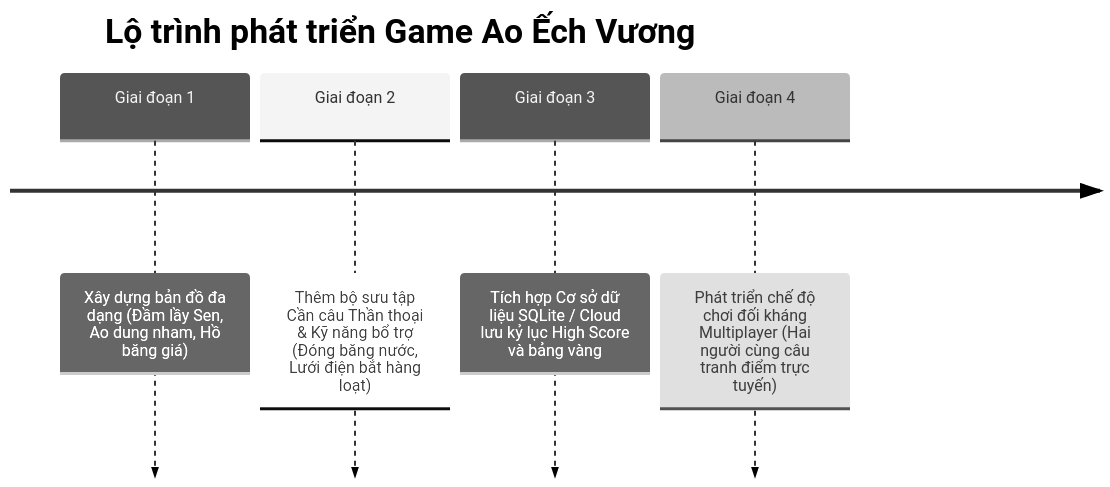
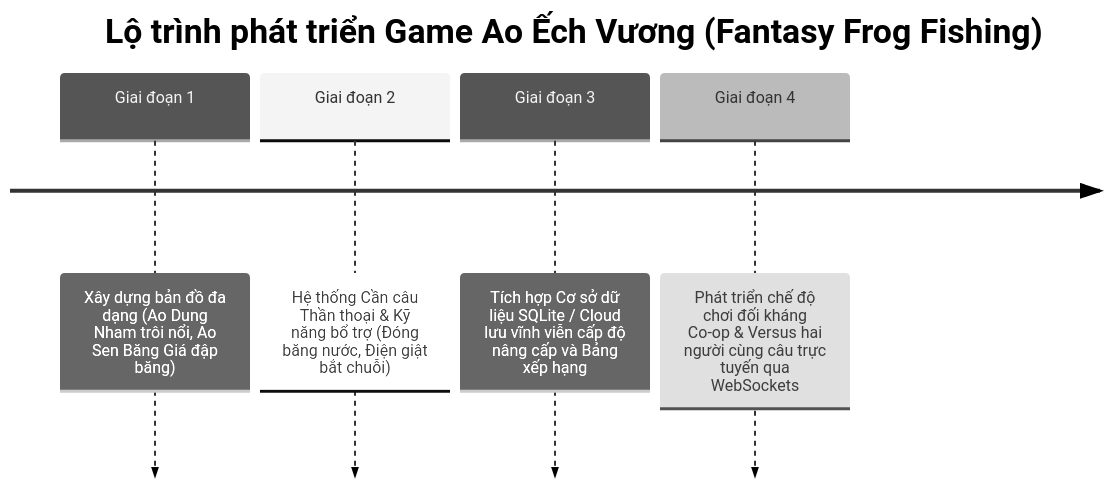
The second of 2 diagrams in BaoCao_BTL06_GameCauEch.md (25112248hanamquang/Project), drawn with Mermaid (neutral theme) before and after one commit. The commit also changed other lines of this file and 1 other file, not shown here.

````diff
--- a/BaoCao_BTL06_GameCauEch.md
+++ b/BaoCao_BTL06_GameCauEch.md
@@ -142,8 +474,8 @@
 ```mermaid
 timeline
-    title Lộ trình phát triển Game Ao Ếch Vương
-    Giai đoạn 1 : Xây dựng bản đồ đa dạng (Đầm lầy Sen, Ao dung nham, Hồ băng giá)
-    Giai đoạn 2 : Thêm bộ sưu tập Cần câu Thần thoại & Kỹ năng bổ trợ (Đóng băng nước, Lưới điện bắt hàng loạt)
-    Giai đoạn 3 : Tích hợp Cơ sở dữ liệu SQLite / Cloud lưu kỷ lục High Score và bảng vàng
-    Giai đoạn 4 : Phát triển chế độ chơi đối kháng Multiplayer (Hai người cùng câu tranh điểm trực tuyến)
+    title Lộ trình phát triển Game Ao Ếch Vương (Fantasy Frog Fishing)
+    Giai đoạn 1 : Xây dựng bản đồ đa dạng (Ao Dung Nham trôi nổi, Ao Sen Băng Giá đập băng)
+    Giai đoạn 2 : Hệ thống Cần câu Thần thoại & Kỹ năng bổ trợ (Đóng băng nước, Điện giật bắt chuỗi)
+    Giai đoạn 3 : Tích hợp Cơ sở dữ liệu SQLite / Cloud lưu vĩnh viễn cấp độ nâng cấp và Bảng xếp hạng
+    Giai đoạn 4 : Phát triển chế độ chơi đối kháng Co-op & Versus hai người cùng câu trực tuyến qua WebSockets
 ```
````
